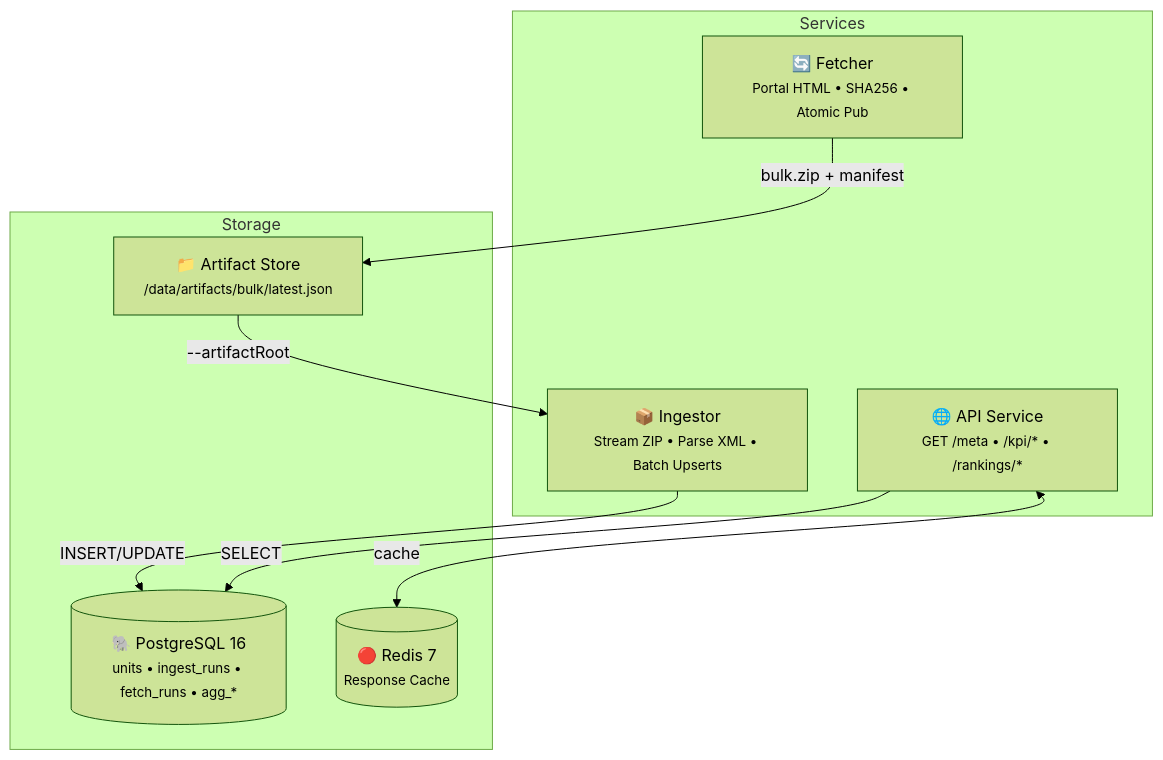
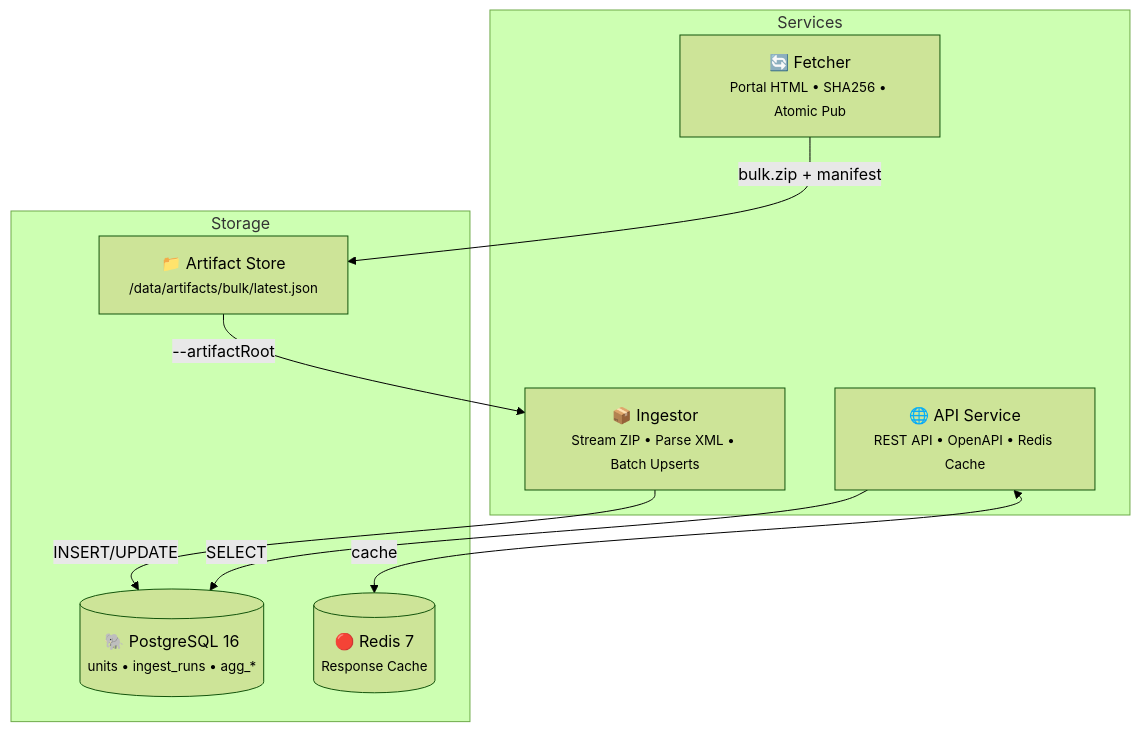
Before and after one commit to zavalit/mastRpiece: the diagram in README.md, drawn with Mermaid (forest theme). The commit also changed other lines of this file and 8 other files, not shown here.

````diff
--- a/README.md
+++ b/README.md
@@ -7,20 +7,20 @@
 ```mermaid
 flowchart TB
     subgraph Services
         F["🔄 Fetcher<br/><small>Portal HTML • SHA256 • Atomic Pub</small>"]
         I["📦 Ingestor<br/><small>Stream ZIP • Parse XML • Batch Upserts</small>"]
-        A["🌐 API Service<br/><small>GET /meta • /kpi/* • /rankings/*</small>"]
+        A["🌐 API Service<br/><small>REST API • OpenAPI • Redis Cache</small>"]
     end
 
     subgraph Storage
         AS["📁 Artifact Store<br/><small>/data/artifacts/bulk/latest.json</small>"]
-        PG[("🐘 PostgreSQL 16<br/><small>units • ingest_runs • fetch_runs • agg_*</small>")]
+        PG[("🐘 PostgreSQL 16<br/><small>units • ingest_runs • agg_*</small>")]
         RD[("🔴 Redis 7<br/><small>Response Cache</small>")]
     end
 
     F -->|"bulk.zip + manifest"| AS
     AS -->|"--artifactRoot"| I
     I -->|"INSERT/UPDATE"| PG
     A -->|"SELECT"| PG
     A <-->|"cache"| RD
 ```
````
